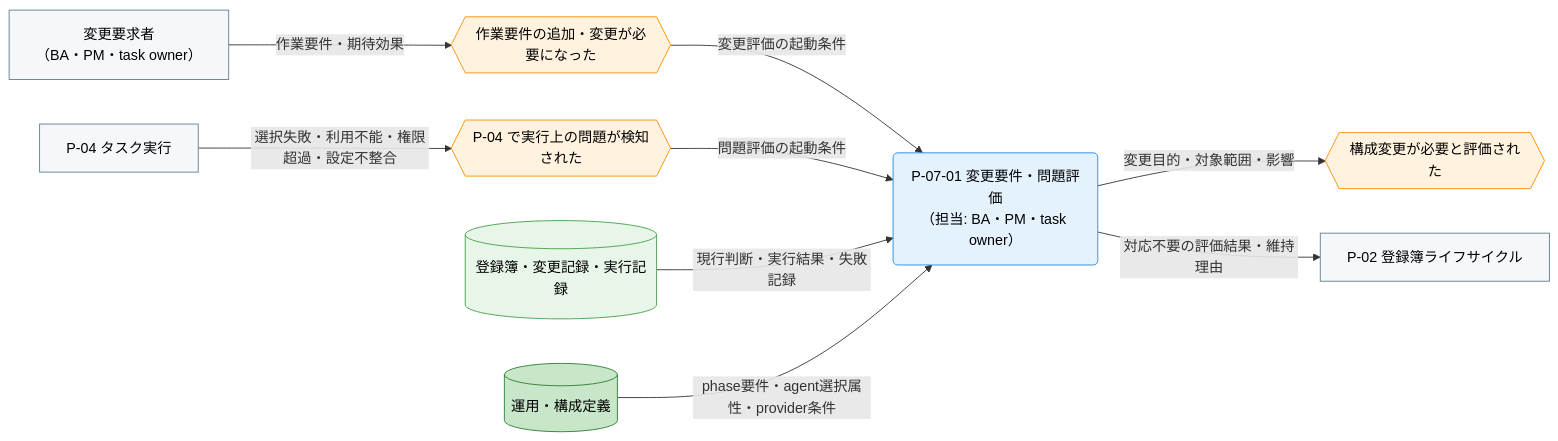
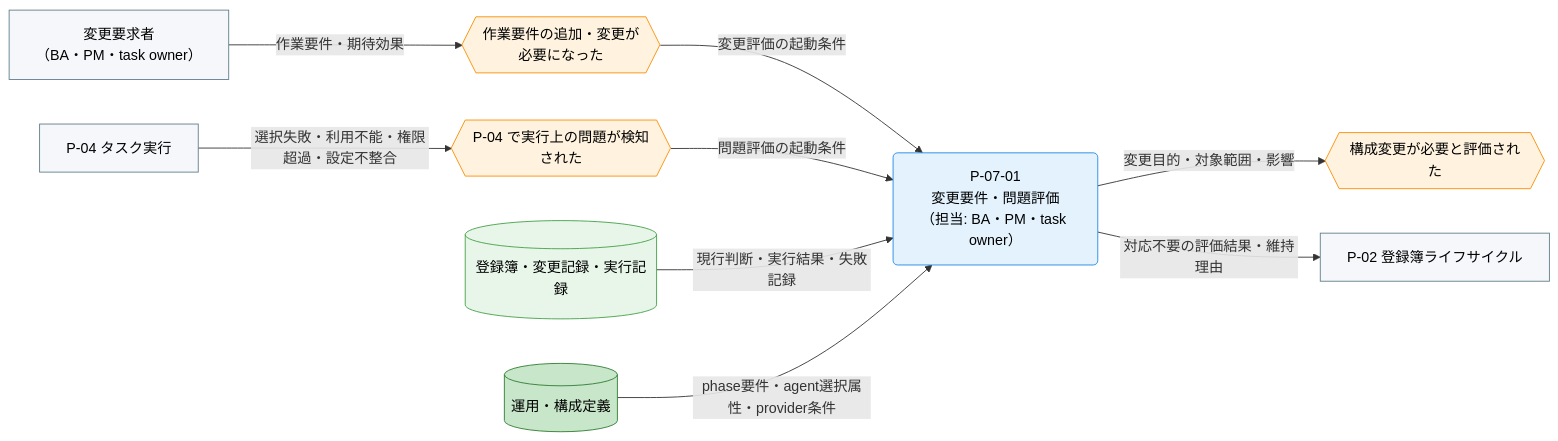
Before and after one commit to specdojo/specdojo: the first of 3 diagrams in docs/ja/product/010-business-specs/010-data-flow/cdfd-agent-config-operation.md, drawn with Mermaid. The commit also changed other lines of this file and 7 other files, not shown here.

````diff
--- a/docs/ja/product/010-business-specs/010-data-flow/cdfd-agent-config-operation.md
+++ b/docs/ja/product/010-business-specs/010-data-flow/cdfd-agent-config-operation.md
@@ -49,36 +49,36 @@
 ```mermaid
 flowchart LR
   classDef process fill:#e3f2fd,stroke:#1e88e5,color:#000
   classDef event fill:#fff3e0,stroke:#fb8c00,color:#000
   classDef storeMaster fill:#c8e6c9,stroke:#2e7d32,color:#000
   classDef storeTransaction fill:#e8f5e9,stroke:#43a047,color:#000
   classDef actor fill:#f5f7fa,stroke:#607d8b,color:#000
 
   変更要求者["変更要求者<br>（BA・PM・task owner）"]
   タスク実行["P-04 タスク実行"]
   登録簿ライフサイクル["P-02 登録簿ライフサイクル"]
 
-  作業要件変更{{"作業要件の追加・変更が必要になった"}}
+  作業要件変更{{"作業要件の追加・変更が<br>必要になった"}}
   実行問題検知{{"P-04 で実行上の問題が検知された"}}
   構成変更必要{{"構成変更が必要と評価された"}}
 
-  変更要件問題評価("P-07-01 変更要件・問題評価<br>（担当: BA・PM・task owner）")
+  変更要件問題評価("P-07-01<br>変更要件・問題評価<br>（担当: BA・PM・task owner）")
 
   変更実行記録[("登録簿・変更記録・実行記録")]
   運用構成定義[("運用・構成定義")]
 
   変更要求者 -->|"作業要件・期待効果"| 作業要件変更
   作業要件変更 -->|"変更評価の起動条件"| 変更要件問題評価
   タスク実行 -->|"選択失敗・利用不能・権限超過・設定不整合"| 実行問題検知
   実行問題検知 -->|"問題評価の起動条件"| 変更要件問題評価
   変更実行記録 -->|"現行判断・実行結果・失敗記録"| 変更要件問題評価
   運用構成定義 -->|"phase要件・agent選択属性・provider条件"| 変更要件問題評価
   変更要件問題評価 -->|"変更目的・対象範囲・影響"| 構成変更必要
   変更要件問題評価 -->|"対応不要の評価結果・維持理由"| 登録簿ライフサイクル
 
   class 変更要件問題評価 process
   class 作業要件変更,実行問題検知,構成変更必要 event
   class 運用構成定義 storeMaster
   class 変更実行記録 storeTransaction
   class 変更要求者,タスク実行,登録簿ライフサイクル actor
 ```
````
